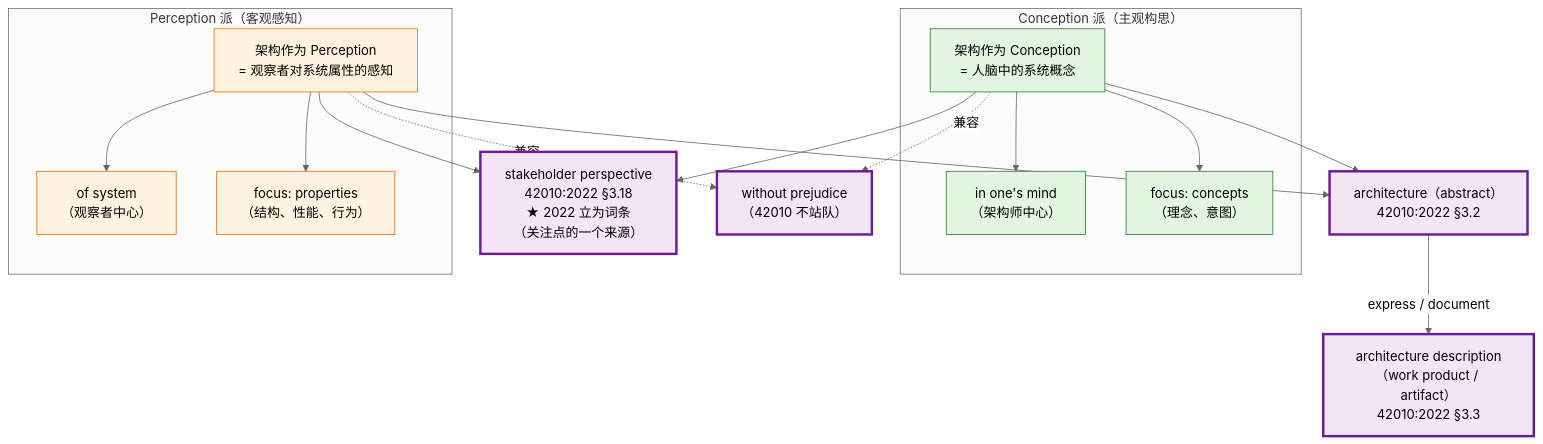
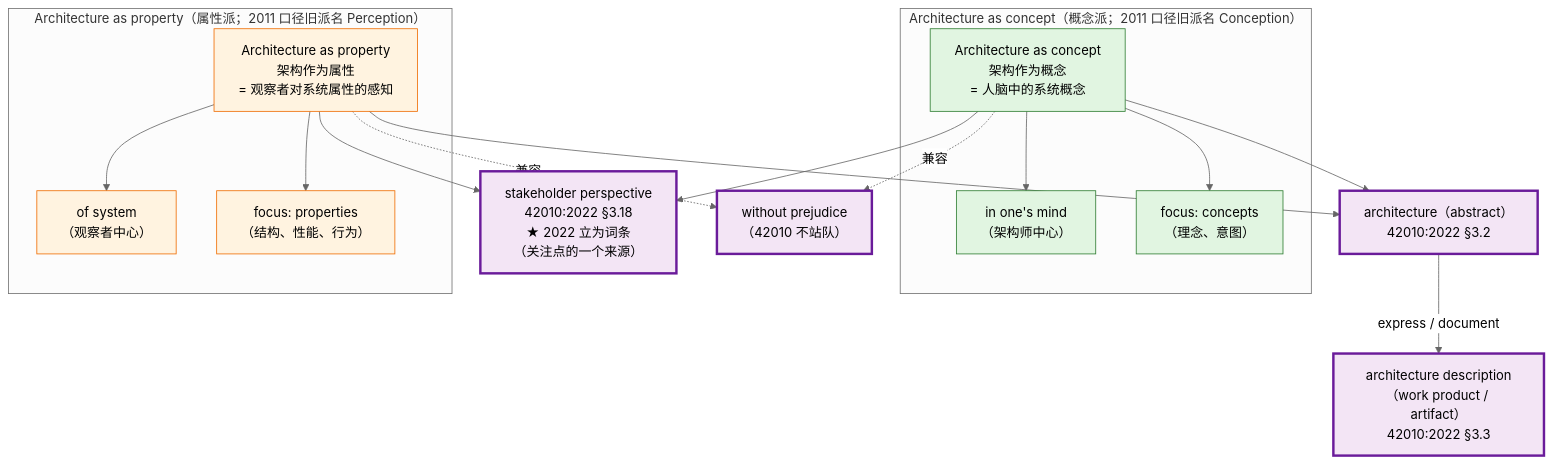
The ninth of 17 diagrams in 10-系统工程研究/00-系统工程相关研究报告/22-架构、概念、属性研究报告—术语权威定义与对照分析.md (Yongjunzhou/business-Engineering), drawn with Mermaid (neutral theme) before and after one commit. The commit also changed other lines of this file and 31 other files, not shown here.

````diff
--- a/10-系统工程研究/00-系统工程相关研究报告/22-架构、概念、属性研究报告—术语权威定义与对照分析.md
+++ b/10-系统工程研究/00-系统工程相关研究报告/22-架构、概念、属性研究报告—术语权威定义与对照分析.md
@@ -767,39 +851,39 @@
 ```mermaid
 flowchart TB
-    subgraph "Conception 派（主观构思）"
-        C["架构作为 Conception<br/>= 人脑中的系统概念"]
+    subgraph "Architecture as concept（概念派；2011 口径旧派名 Conception）"
+        C["Architecture as concept<br/>架构作为概念<br/>= 人脑中的系统概念"]
         IC["in one's mind<br/>（架构师中心）"]
         CF["focus: concepts<br/>（理念、意图）"]
         C --> IC
         C --> CF
     end
 
-    subgraph "Perception 派（客观感知）"
-        P["架构作为 Perception<br/>= 观察者对系统属性的感知"]
+    subgraph "Architecture as property（属性派；2011 口径旧派名 Perception）"
+        P["Architecture as property<br/>架构作为属性<br/>= 观察者对系统属性的感知"]
         IP["of system<br/>（观察者中心）"]
         PF["focus: properties<br/>（结构、性能、行为）"]
         P --> IP
         P --> PF
     end
 
     ARCH["architecture（abstract）<br/>42010:2022 §3.2"]
     AD["architecture description<br/>（work product / artifact）<br/>42010:2022 §3.3"]
     SP["stakeholder perspective<br/>42010:2022 §3.18<br/>★ 2022 立为词条<br/>（关注点的一个来源）"]
 
     C --> ARCH
     P --> ARCH
     ARCH -->|"express / document"| AD
     C --> SP
     P --> SP
 
     WITHOUT["without prejudice<br/>（42010 不站队）"]
     C -.兼容.-> WITHOUT
     P -.兼容.-> WITHOUT
 
     classDef conception fill:#e1f5e1,stroke:#2e7d32
     classDef perception fill:#fff3e0,stroke:#ef6c00
     classDef center fill:#f3e5f5,stroke:#6a1b9a,stroke-width:3px
     class C,IC,CF conception
     class P,IP,PF perception
     class ARCH,AD,SP,WITHOUT center
 ```
````
